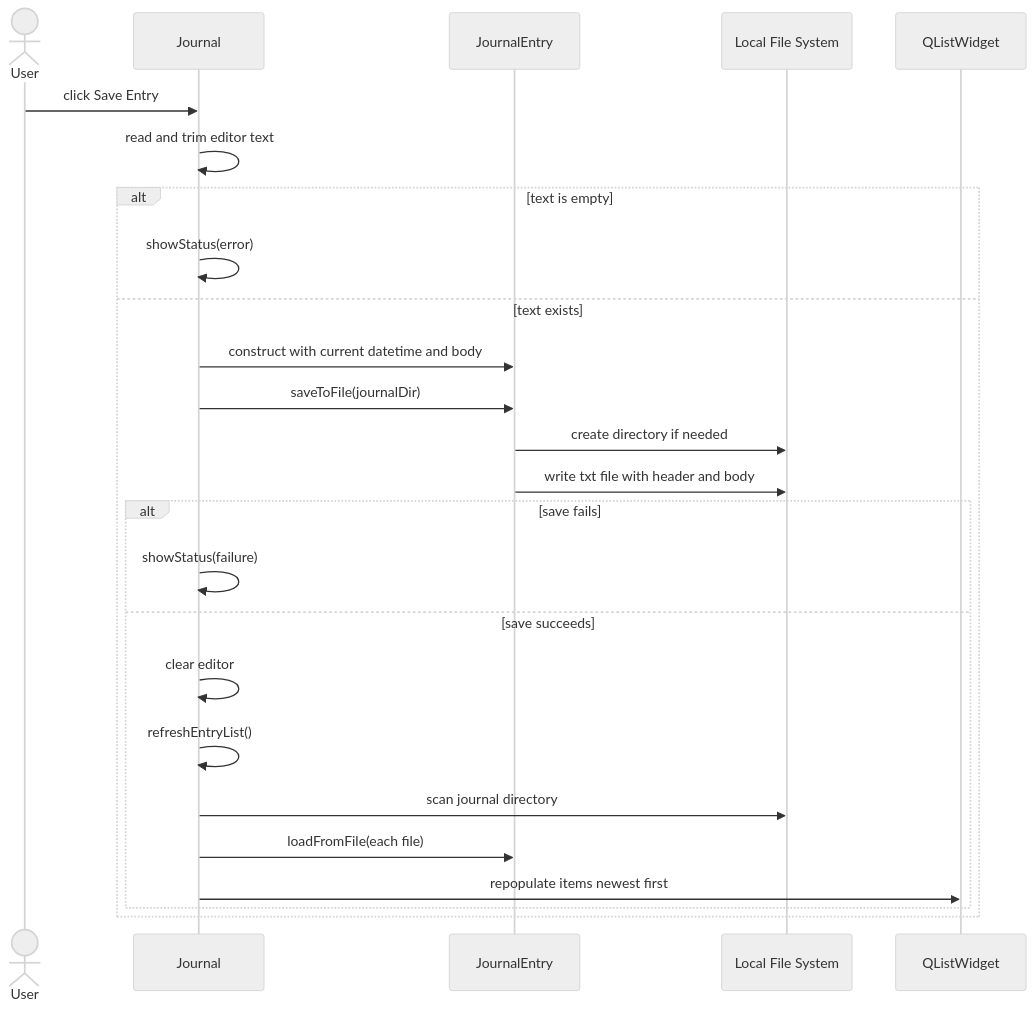
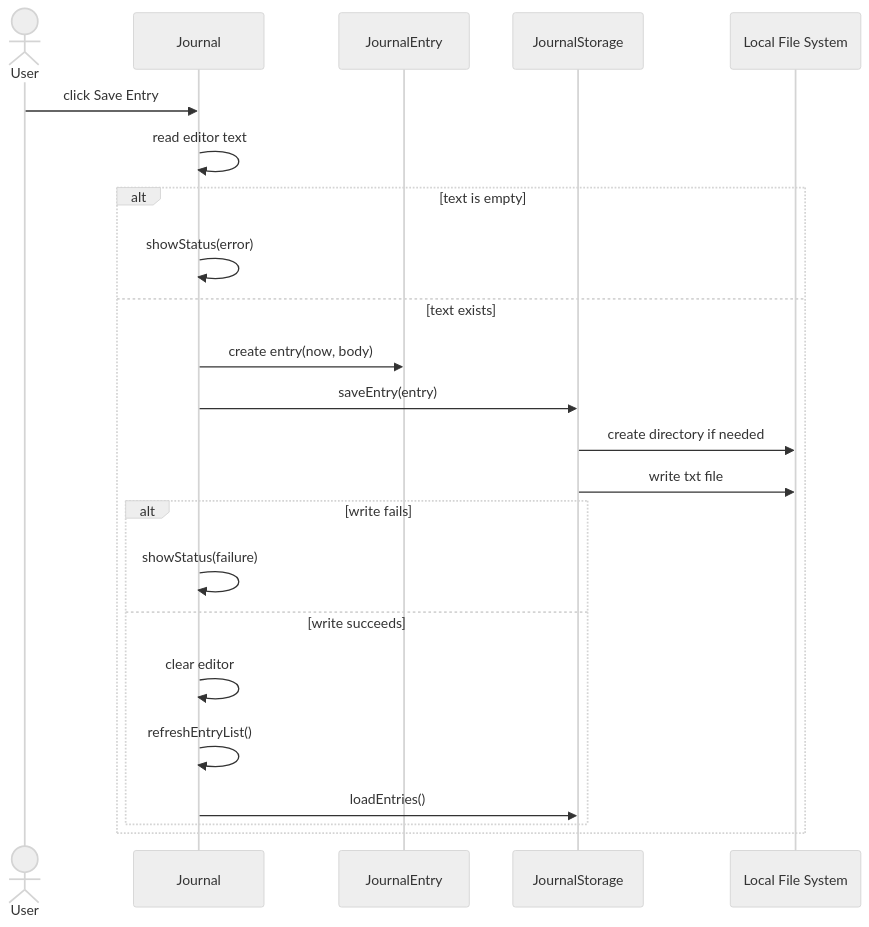
One commit to PhyoThihaOo32/MindEasePanther changed the eighth of 8 diagrams in ARCHITECTURE_DIAGRAMS.md. Above: the diagram before and after it, drawn with Mermaid (neutral theme). The commit also changed other lines of this file and 76 other files, not shown here.

````diff
--- a/ARCHITECTURE_DIAGRAMS.md
+++ b/ARCHITECTURE_DIAGRAMS.md
@@ -249,28 +284,26 @@
 ```mermaid
 sequenceDiagram
     actor User
     participant Journal
     participant JournalEntry
+    participant JournalStorage
     participant FileSystem as Local File System
-    participant EntryList as QListWidget
 
     User->>Journal: click Save Entry
-    Journal->>Journal: read and trim editor text
+    Journal->>Journal: read editor text
     alt text is empty
         Journal->>Journal: showStatus(error)
     else text exists
-        Journal->>JournalEntry: construct with current datetime and body
-        Journal->>JournalEntry: saveToFile(journalDir)
-        JournalEntry->>FileSystem: create directory if needed
-        JournalEntry->>FileSystem: write txt file with header and body
-        alt save fails
+        Journal->>JournalEntry: create entry(now, body)
+        Journal->>JournalStorage: saveEntry(entry)
+        JournalStorage->>FileSystem: create directory if needed
+        JournalStorage->>FileSystem: write txt file
+        alt write fails
             Journal->>Journal: showStatus(failure)
-        else save succeeds
+        else write succeeds
             Journal->>Journal: clear editor
             Journal->>Journal: refreshEntryList()
-            Journal->>FileSystem: scan journal directory
-            Journal->>JournalEntry: loadFromFile(each file)
-            Journal->>EntryList: repopulate items newest first
+            Journal->>JournalStorage: loadEntries()
         end
     end
 ```
````
